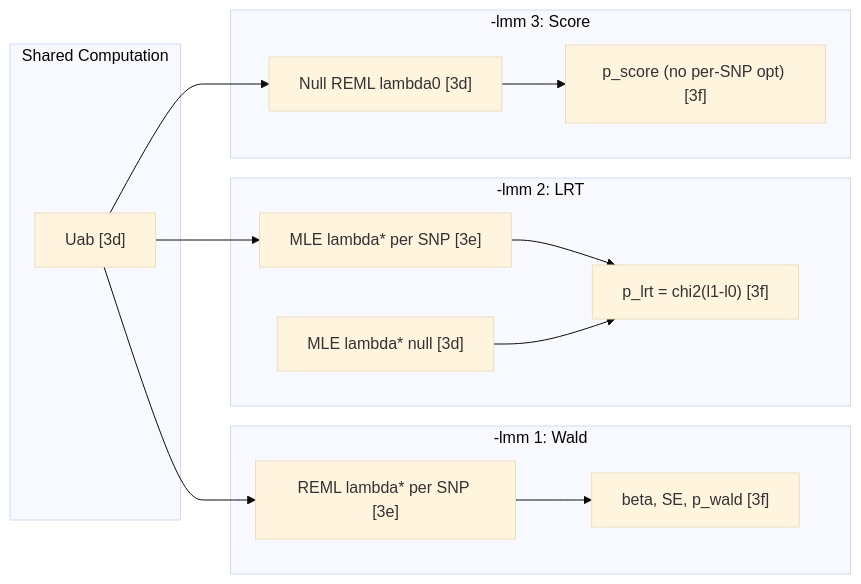
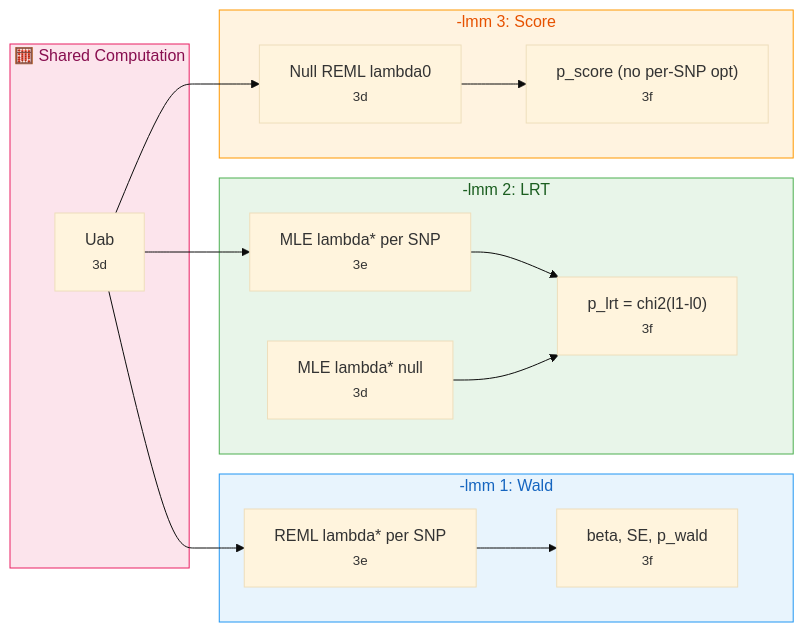
The third of 5 diagrams in docs/CODEMAP.md (michael-denyer/jamma), drawn with Mermaid (base theme) before and after one commit. The commit also changed other lines of this file and 3 other files, not shown here.

````diff
--- a/docs/CODEMAP.md
+++ b/docs/CODEMAP.md
@@ -316,27 +347,32 @@
 ```mermaid
 flowchart LR
-    subgraph Input["Shared Computation"]
-        UAB["Uab [3d]"]
+    subgraph Input["🧮 Shared Computation"]
+        UAB["Uab<br/><small>3d</small>"]
     end
 
     subgraph Wald["-lmm 1: Wald"]
-        REML1["REML lambda* per SNP [3e]"]
-        W1["beta, SE, p_wald [3f]"]
+        REML1["REML lambda* per SNP<br/><small>3e</small>"]
+        W1["beta, SE, p_wald<br/><small>3f</small>"]
     end
 
     subgraph LRT["-lmm 2: LRT"]
-        MLE1["MLE lambda* per SNP [3e]"]
-        MLE0["MLE lambda* null [3d]"]
-        L1["p_lrt = chi2(l1-l0) [3f]"]
+        MLE1["MLE lambda* per SNP<br/><small>3e</small>"]
+        MLE0["MLE lambda* null<br/><small>3d</small>"]
+        L1["p_lrt = chi2(l1-l0)<br/><small>3f</small>"]
     end
 
     subgraph Score["-lmm 3: Score"]
-        NULL["Null REML lambda0 [3d]"]
-        SC["p_score (no per-SNP opt) [3f]"]
+        NULL["Null REML lambda0<br/><small>3d</small>"]
+        SC["p_score (no per-SNP opt)<br/><small>3f</small>"]
     end
 
     UAB --> REML1 --> W1
     UAB --> MLE1 --> L1
     MLE0 --> L1
     UAB --> NULL --> SC
+
+    style Input fill:#fce4ec,stroke:#e91e63,color:#880e4f
+    style Wald fill:#e8f4fd,stroke:#2196f3,color:#1565c0
+    style LRT fill:#e8f5e9,stroke:#4caf50,color:#1b5e20
+    style Score fill:#fff3e0,stroke:#ff9800,color:#e65100
 ```
````
